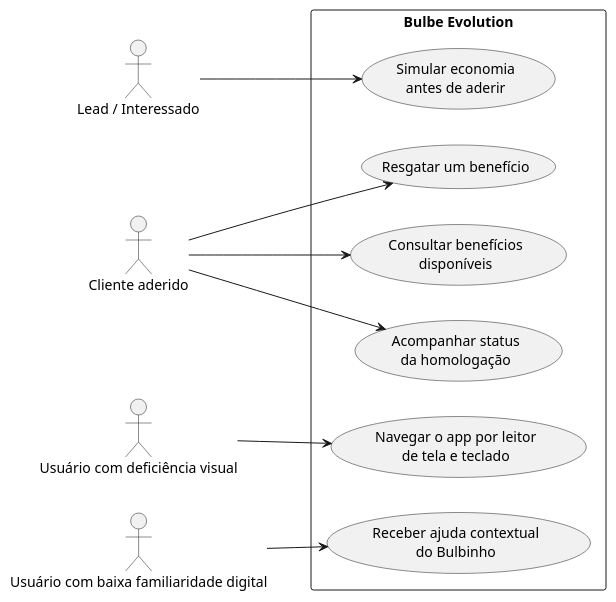
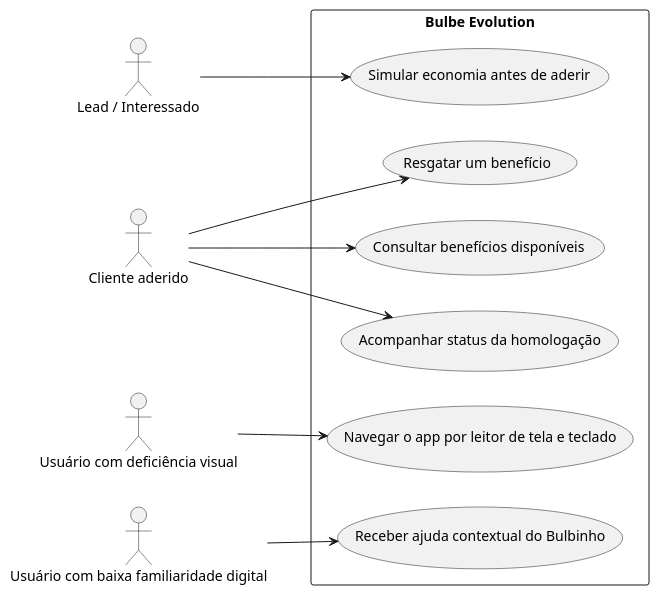
Before and after one commit to fernandadutra/backendBulbe_Matrix: the diagram in docs/diagramas/diagrama-caso-de-uso.puml, drawn with PlantUML.

Commit message:
fix: correção do código do diagrama

```diff
--- a/docs/diagramas/diagrama-caso-de-uso.puml
+++ b/docs/diagramas/diagrama-caso-de-uso.puml
@@ -1,30 +1,30 @@
 @startuml
 
 left to right direction
 
 actor "Lead / Interessado" as Lead
 actor "Cliente aderido" as Cliente
 actor "Usuário com deficiência visual" as UsuarioDeficienteVisual
 actor "Usuário com baixa familiaridade digital" as UsuarioBaixaFamiliaridade
 
 rectangle "Bulbe Evolution" {
 
-    usecase "Acompanhar status\nda homologação" as UC01
-    usecase "Simular economia\nantes de aderir" as UC02
-    usecase "Consultar benefícios\ndisponíveis" as UC03
+    usecase "Acompanhar status da homologação" as UC01
+    usecase "Simular economia antes de aderir" as UC02
+    usecase "Consultar benefícios disponíveis" as UC03
     usecase "Resgatar um benefício" as UC04
-    usecase "Receber ajuda contextual\ndo Bulbinho" as UC05
-    usecase "Navegar o app por leitor\nde tela e teclado" as UC06
+    usecase "Receber ajuda contextual do Bulbinho" as UC05
+    usecase "Navegar o app por leitor de tela e teclado" as UC06
 }
 
 Lead --> UC02
 
 Cliente --> UC01
 Cliente --> UC03
 Cliente --> UC04
 
 UsuarioDeficienteVisual --> UC06
 
 UsuarioBaixaFamiliaridade --> UC05
 
 @enduml
```
